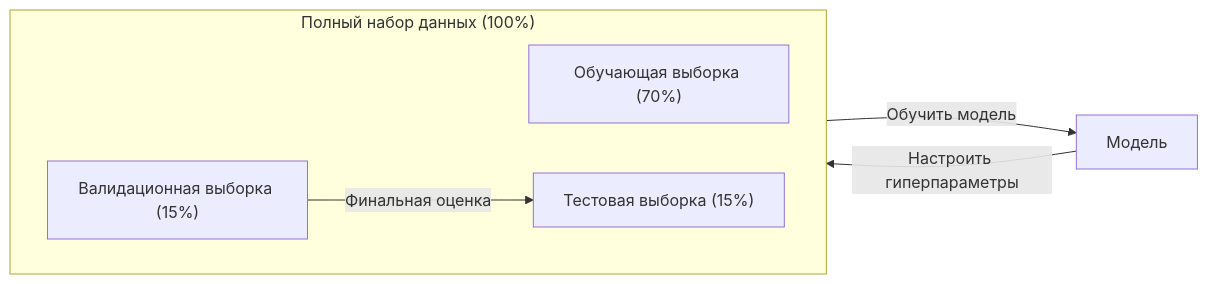
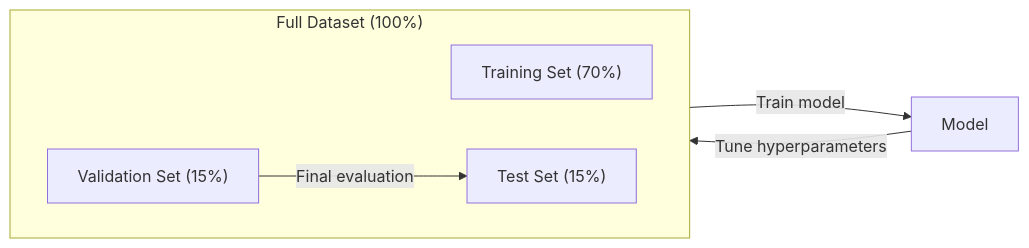
The fourth of 6 diagrams in phases/02-ml-fundamentals/01-what-is-machine-learning/docs/ru.md (stabuev/ai-engineering-from-scratch), drawn with Mermaid before and after one commit. The commit also changed other lines of this file and 182 other files, not shown here.

````diff
--- a/phases/02-ml-fundamentals/01-what-is-machine-learning/docs/ru.md
+++ b/phases/02-ml-fundamentals/01-what-is-machine-learning/docs/ru.md
@@ -157,13 +157,13 @@
 ```mermaid
 flowchart LR
-    subgraph Dataset["Полный набор данных (100%)"]
+    subgraph Dataset["Full Dataset (100%)"]
         direction LR
-        TR["Обучающая выборка (70%)"]
-        VA["Валидационная выборка (15%)"]
-        TE["Тестовая выборка (15%)"]
+        TR["Training Set (70%)"]
+        VA["Validation Set (15%)"]
+        TE["Test Set (15%)"]
     end
 
-    TR -->|Обучить модель| M[Модель]
-    M -->|Настроить гиперпараметры| VA
-    VA -->|Финальная оценка| TE
+    TR -->|Train model| M[Model]
+    M -->|Tune hyperparameters| VA
+    VA -->|Final evaluation| TE
 ```
````
